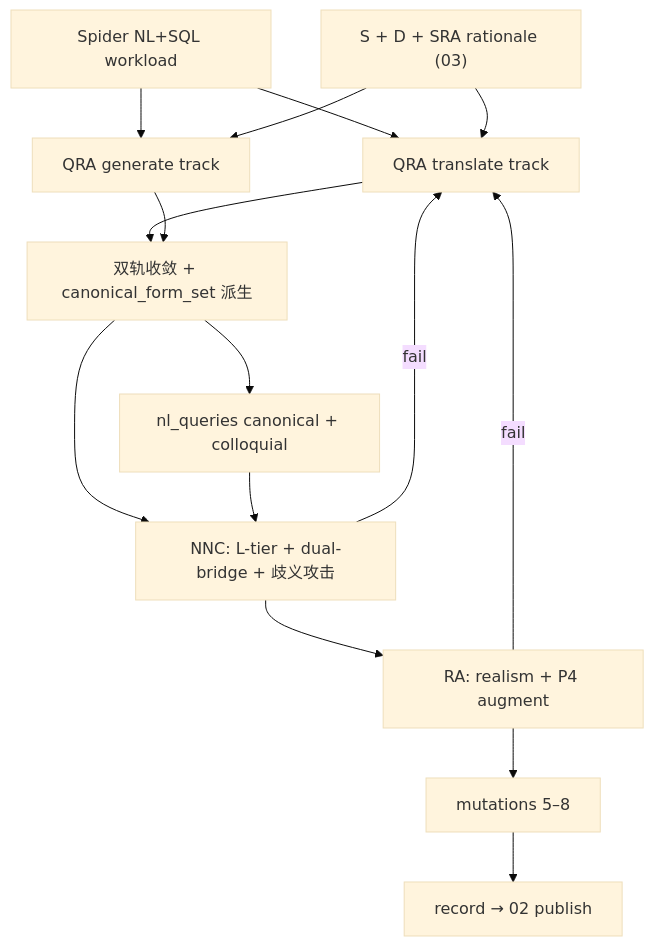
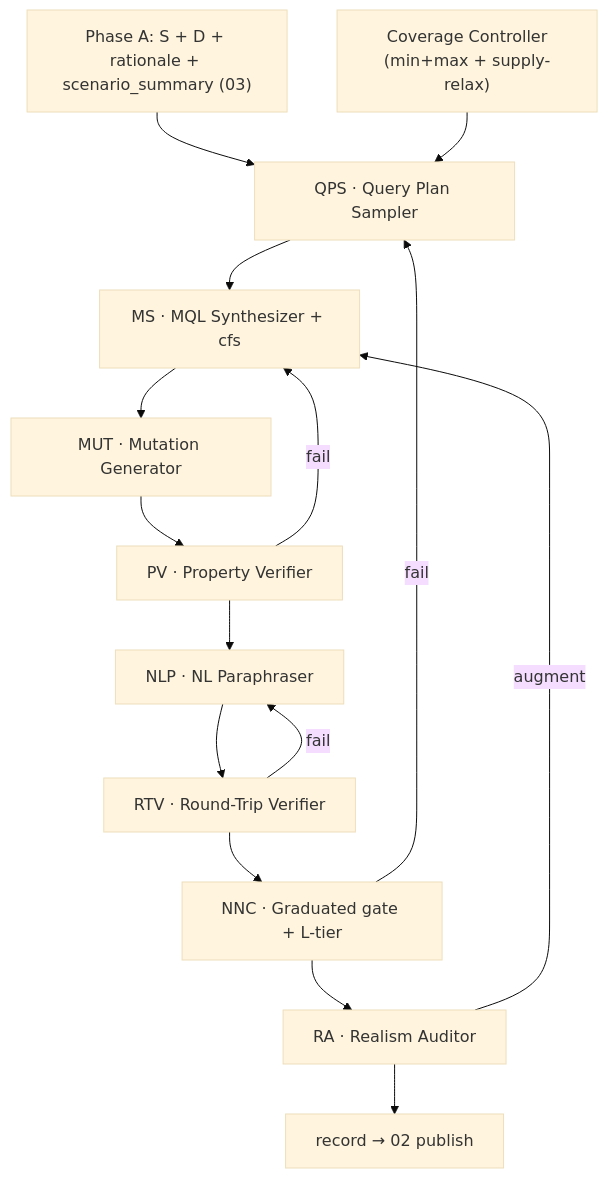
Before and after one commit to Jinwei-Lu/Text-to-NoSQL: the diagram in proposals/04_agent_framework.md, drawn with Mermaid (base theme). The commit also changed other lines of this file and 103 other files, not shown here.

First line of the commit message:
Replace QRA dual-track with reverse-engineered NL–MQL Phase B pipeline.

````diff
--- a/proposals/04_agent_framework.md
+++ b/proposals/04_agent_framework.md
@@ -57,28 +53,26 @@
 ```mermaid
 flowchart TD
-  spiderIn["Spider NL+SQL workload"]
-  sraOut["S + D + SRA rationale (03)"]
-  qraT["QRA translate track"]
-  qraG["QRA generate track"]
-  qraMerge["双轨收敛 + canonical_form_set 派生"]
-  nlqPair["nl_queries canonical + colloquial"]
-  nncGate["NNC: L-tier + dual-bridge + 歧义攻击"]
-  raGate["RA: realism + P4 augment"]
-  mutGen["mutations 5–8"]
+  phaseA["Phase A: S + D + rationale + scenario_summary (03)"]
+  quota["Coverage Controller<br/>(min+max + supply-relax)"]
+  qps["QPS · Query Plan Sampler"]
+  ms["MS · MQL Synthesizer + cfs"]
+  mut["MUT · Mutation Generator"]
+  pv["PV · Property Verifier"]
+  nlp["NLP · NL Paraphraser"]
+  rtv["RTV · Round-Trip Verifier"]
+  nnc["NNC · Graduated gate + L-tier"]
+  ra["RA · Realism Auditor"]
   recordOut["record → 02 publish"]
 
-  spiderIn --> qraT
-  spiderIn --> qraG
-  sraOut --> qraT
-  sraOut --> qraG
-  qraT --> qraMerge
-  qraG --> qraMerge
-  qraMerge --> nlqPair
-  qraMerge --> nncGate
-  nlqPair --> nncGate
-  nncGate -->|fail| qraT
-  nncGate --> raGate
-  raGate -->|fail| qraT
-  raGate --> mutGen
-  mutGen --> recordOut
+  phaseA --> qps
+  quota --> qps
+  qps --> ms --> mut --> pv
+  pv -->|fail| ms
+  pv --> nlp --> rtv
+  rtv -->|fail| nlp
+  rtv --> nnc
+  nnc -->|fail| qps
+  nnc --> ra
+  ra -->|augment| ms
+  ra --> recordOut
 ```
````
